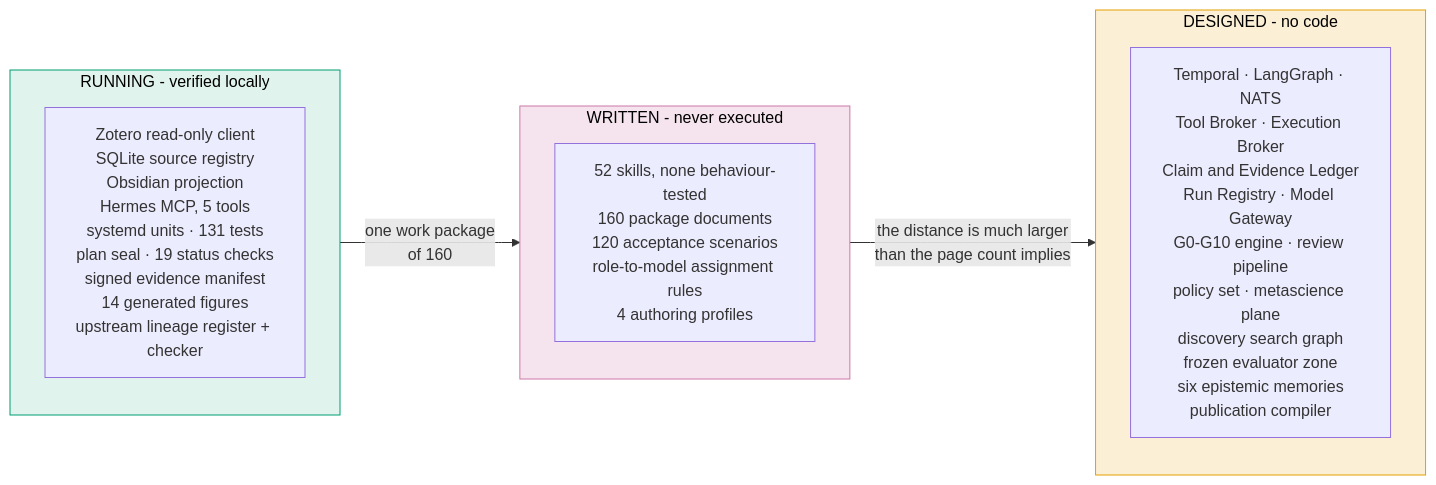
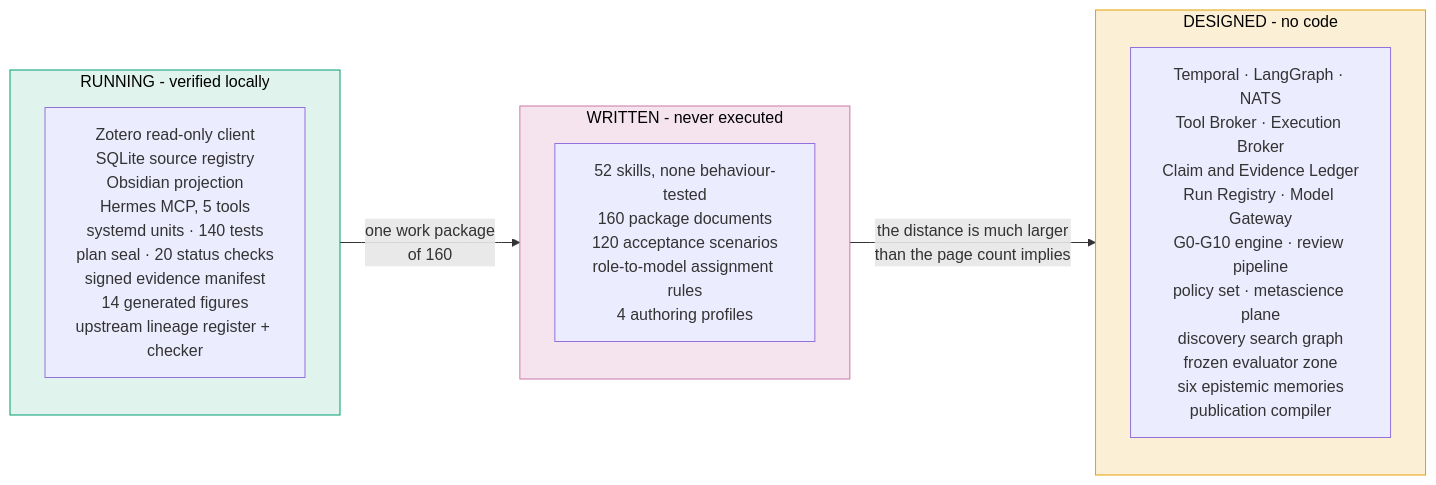
Diagram 14 of 16 in README.md (furkanhanilci/AETHRION), drawn with Mermaid before and after one commit. The commit also changed other lines of this file and 34 other files, not shown here.

````diff
--- a/README.md
+++ b/README.md
@@ -894,17 +894,17 @@
 ```mermaid
 flowchart LR
     subgraph WORKING["RUNNING - verified locally"]
-        W["Zotero read-only client<br/>SQLite source registry<br/>Obsidian projection<br/>Hermes MCP, 5 tools<br/>systemd units · 131 tests<br/>plan seal · 19 status checks<br/>signed evidence manifest<br/>14 generated figures<br/>upstream lineage register + checker"]
+        W["Zotero read-only client<br/>SQLite source registry<br/>Obsidian projection<br/>Hermes MCP, 5 tools<br/>systemd units · 140 tests<br/>plan seal · 20 status checks<br/>signed evidence manifest<br/>14 generated figures<br/>upstream lineage register + checker"]
     end
     subgraph WRITTEN["WRITTEN - never executed"]
         S["52 skills, none behaviour-tested<br/>160 package documents<br/>120 acceptance scenarios<br/>role-to-model assignment rules<br/>4 authoring profiles"]
     end
     subgraph DESIGNED["DESIGNED - no code"]
         D["Temporal · LangGraph · NATS<br/>Tool Broker · Execution Broker<br/>Claim and Evidence Ledger<br/>Run Registry · Model Gateway<br/>G0-G10 engine · review pipeline<br/>policy set · metascience plane<br/>discovery search graph<br/>frozen evaluator zone<br/>six epistemic memories<br/>publication compiler"]
     end
     WORKING -->|"one work package<br/>of 160"| WRITTEN
     WRITTEN -->|"the distance is much larger<br/>than the page count implies"| DESIGNED
     style WORKING fill:#E0F3EC,stroke:#009E73,color:#000
     style WRITTEN fill:#F5E4EE,stroke:#CC79A7,color:#000
     style DESIGNED fill:#FBEFD6,stroke:#E69F00,color:#000
 ```
````
